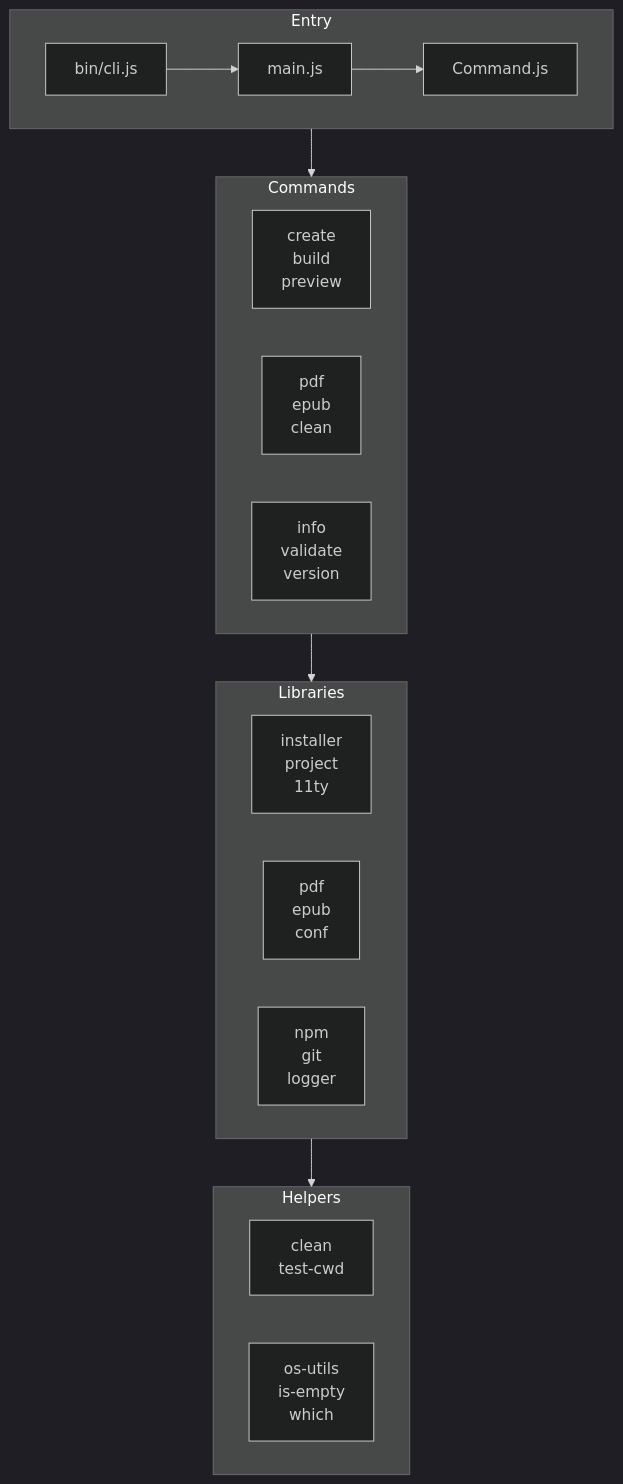
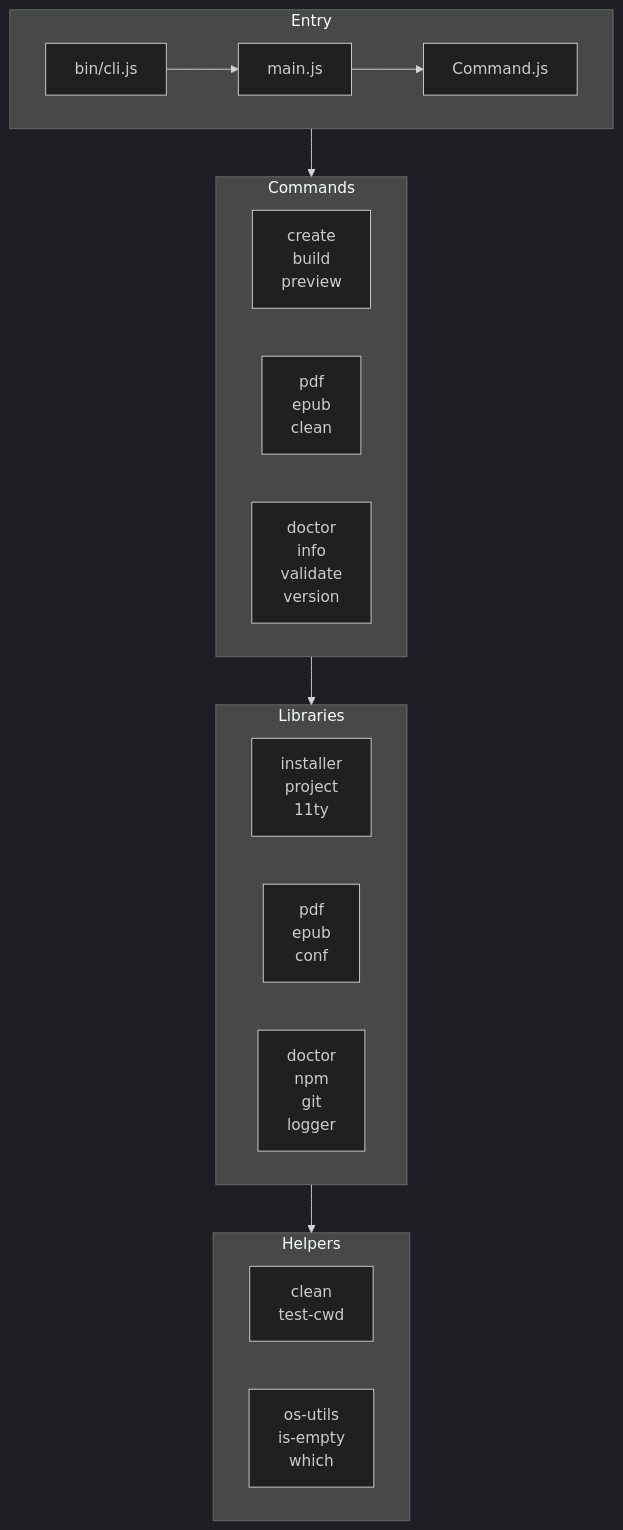
The first of 8 diagrams in packages/cli/docs/cli-architecture.md (thegetty/quire), drawn with Mermaid (dark theme) before and after one commit. The commit also changed other lines of this file and 85 other files, not shown here.

````diff
--- a/packages/cli/docs/cli-architecture.md
+++ b/packages/cli/docs/cli-architecture.md
@@ -161,33 +255,33 @@
 ```mermaid
 %% Nota bene: subgraph direction is not respected when there are external links
 %% see https://github.com/mermaid-js/mermaid/issues/2509
 graph TB
     subgraph Entry["Entry"]
         CLI[bin/cli.js] --> Main[main.js]
         Main --> Cmd[Command.js]
     end
 
     subgraph Commands["Commands"]
         direction LR
         C1[create<br/>build<br/>preview]
         C2[pdf<br/>epub<br/>clean]
-        C3[info<br/>validate<br/>version]
+        C3[doctor<br/>info<br/>validate<br/>version]
     end
 
     subgraph Libraries["Libraries"]
         direction LR
         L1[installer<br/>project<br/>11ty]
         L2[pdf<br/>epub<br/>conf]
-        L3[npm<br/>git<br/>logger]
+        L3[doctor<br/>npm<br/>git<br/>logger]
     end
 
     subgraph Helpers["Helpers"]
         direction LR
         H1[clean<br/>test-cwd]
         H2[os-utils<br/>is-empty<br/>which]
     end
 
     Entry --> Commands
     Commands --> Libraries
     Libraries --> Helpers
 ```
````
